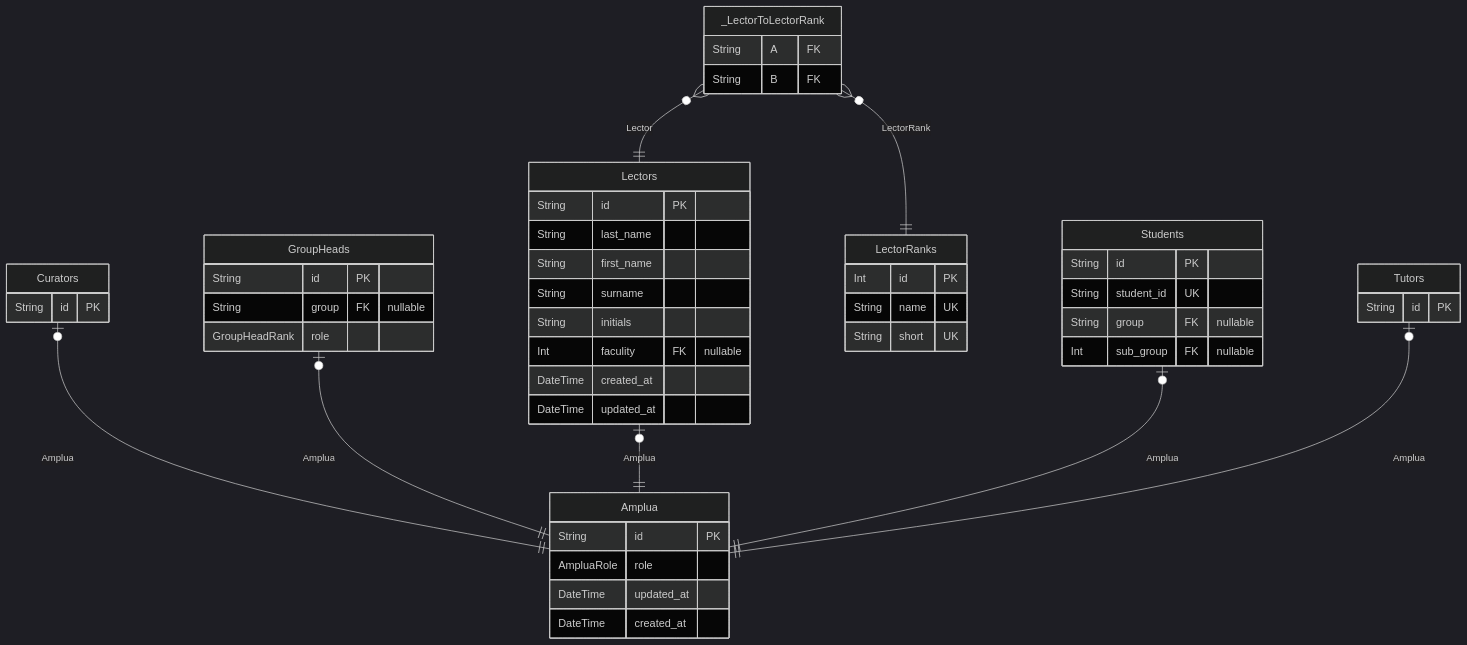
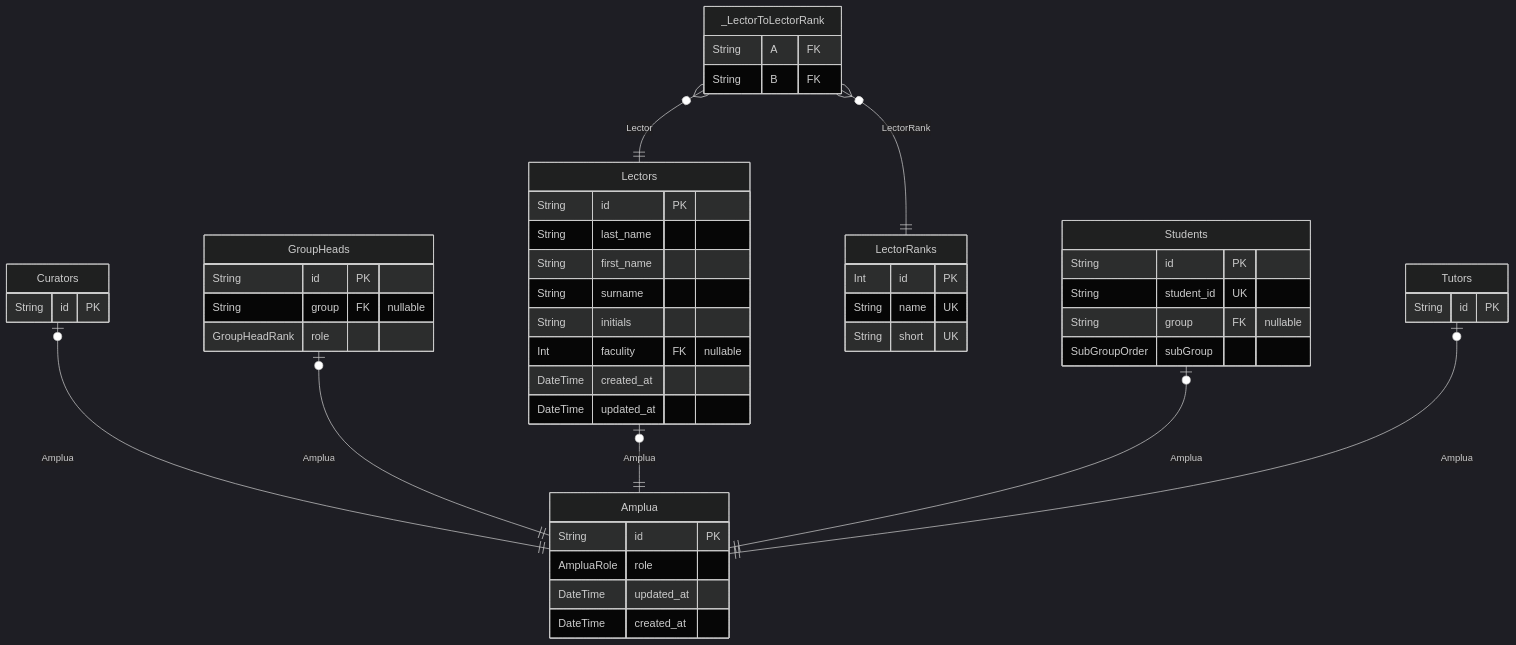
Before and after one commit to NeatDeveloper/Thodle: the first of 4 diagrams in packages/db/prisma/ThodleDatabase.md, drawn with Mermaid (dark theme). The commit also changed other lines of this file and 20 other files, not shown here.

````diff
--- a/packages/db/prisma/ThodleDatabase.md
+++ b/packages/db/prisma/ThodleDatabase.md
@@ -10,52 +10,52 @@
 ```mermaid
 erDiagram
 "Amplua" {
   String id PK
   AmpluaRole role
   DateTime updated_at
   DateTime created_at
 }
 "Curators" {
   String id PK
 }
 "GroupHeads" {
   String id PK
   String group FK "nullable"
   GroupHeadRank role
 }
 "Lectors" {
   String id PK
   String last_name
   String first_name
   String surname
   String initials
   Int faculity FK "nullable"
   DateTime created_at
   DateTime updated_at
 }
 "LectorRanks" {
   Int id PK
   String name UK
   String short UK
 }
 "Students" {
   String id PK
   String student_id UK
   String group FK "nullable"
-  Int sub_group FK "nullable"
+  SubGroupOrder subGroup
 }
 "Tutors" {
   String id PK
 }
 "_LectorToLectorRank" {
   String A FK
   String B FK
 }
 "Curators" |o--|| "Amplua" : Amplua
 "GroupHeads" |o--|| "Amplua" : Amplua
 "Lectors" |o--|| "Amplua" : Amplua
 "Students" |o--|| "Amplua" : Amplua
 "Tutors" |o--|| "Amplua" : Amplua
 "_LectorToLectorRank" }o--|| "Lectors" : Lector
 "_LectorToLectorRank" }o--|| "LectorRanks" : LectorRank
 ```
````
